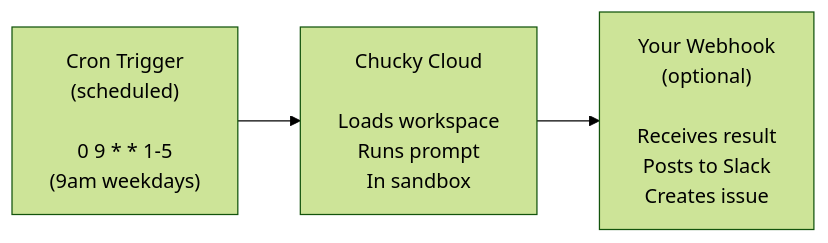
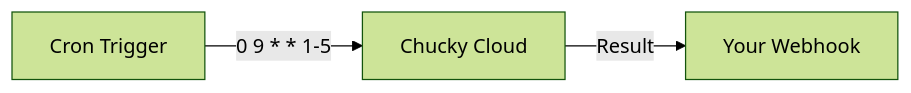
One commit to centyso-dev/docs changed the diagram in use-cases/scheduled-automation.mdx. Above: the diagram before and after it, drawn with Mermaid (forest theme). The commit also changed 6 other files, not shown here.

First line of the commit message:
fix: simplify Mermaid diagrams - remove unsupported \n

````diff
--- a/use-cases/scheduled-automation.mdx
+++ b/use-cases/scheduled-automation.mdx
@@ -18,8 +18,8 @@
 ```mermaid
 flowchart LR
-    cron["Cron Trigger\n(scheduled)\n\n0 9 * * 1-5\n(9am weekdays)"]
-    cloud["Chucky Cloud\n\nLoads workspace\nRuns prompt\nIn sandbox"]
-    webhook["Your Webhook\n(optional)\n\nReceives result\nPosts to Slack\nCreates issue"]
+    cron["Cron Trigger"]
+    cloud["Chucky Cloud"]
+    webhook["Your Webhook"]
 
-    cron --> cloud --> webhook
+    cron -->|"0 9 * * 1-5"| cloud -->|"Result"| webhook
 ```
````
